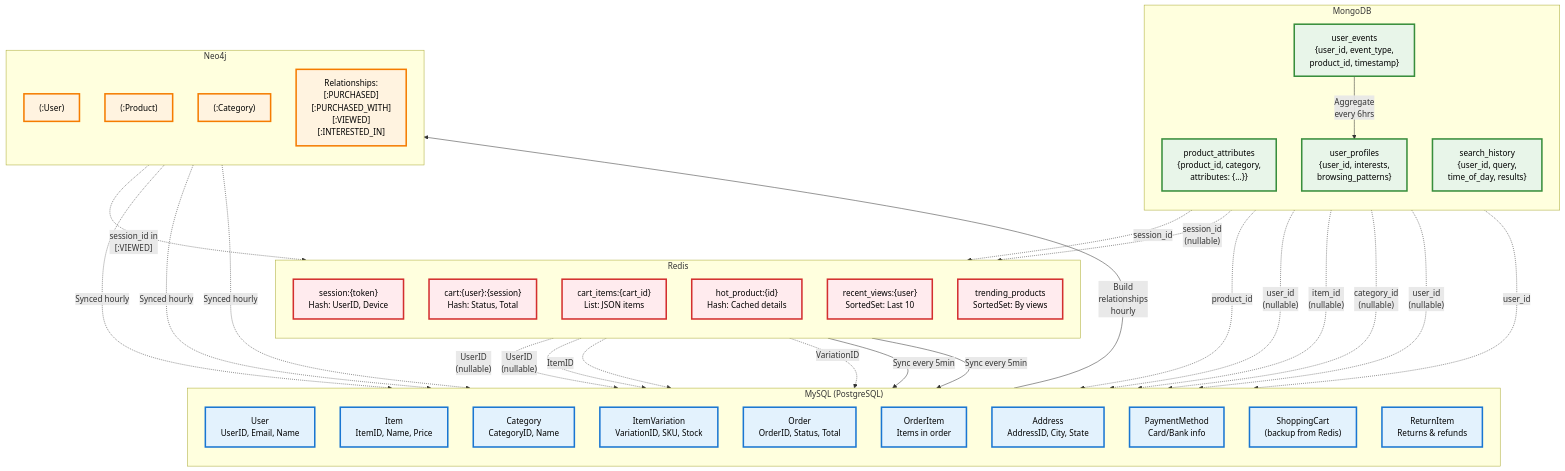
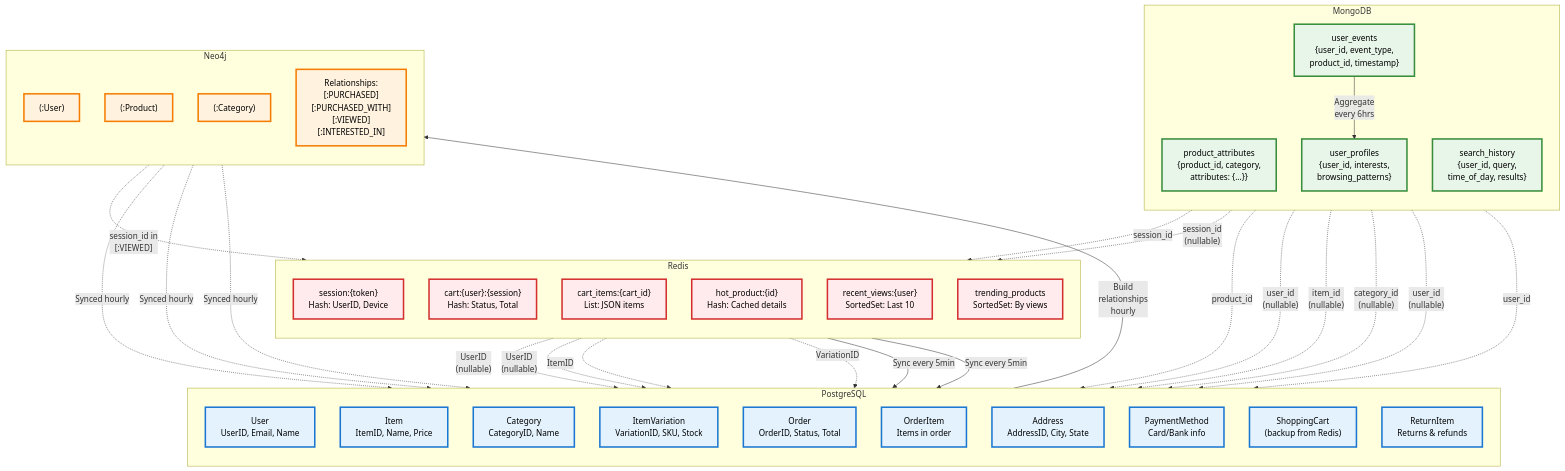
One commit to BobaFettyW4p/DatabasesFinalProject changed the diagram in Diagrams/separate_diagrams_4.0.0/cross_db.md. Above: the diagram before and after it, drawn with Mermaid. The commit also changed 12 other files, not shown here.

````diff
--- a/Diagrams/separate_diagrams_4.0.0/cross_db.md
+++ b/Diagrams/separate_diagrams_4.0.0/cross_db.md
@@ -3,6 +3,6 @@
 ```mermaid
 graph TB
-    subgraph MYSQL["MySQL (PostgreSQL)"]
+    subgraph PostgreSQL["PostgreSQL"]
         direction TB
         M_User["User<br/>UserID, Email, Name"]
         M_Item["Item<br/>ItemID, Name, Price"]
@@ -43,7 +43,7 @@
     end
 
     %% ═══════════════════════════════════════════════════════════
-    %% Redis -> MySQL (Application References)
+    %% Redis -> PostgreSQL (Application References)
     %% ═══════════════════════════════════════════════════════════
 
     R_Session -.->|"UserID<br/>(nullable)"| M_User
@@ -52,14 +52,14 @@
     R_CartItems -.->|"VariationID"| M_ItemVariation
 
     %% ═══════════════════════════════════════════════════════════
-    %% Redis -> MySQL (Sync Jobs - Data Flow)
+    %% Redis -> PostgreSQL (Sync Jobs - Data Flow)
     %% ═══════════════════════════════════════════════════════════
 
     R_Cart -->|"Sync every 5min"| M_ShoppingCart
     R_CartItems -->|"Sync every 5min"| M_ShoppingCart
 
     %% ═══════════════════════════════════════════════════════════
-    %% MongoDB -> MySQL (Application References)
+    %% MongoDB -> PostgreSQL (Application References)
     %% ═══════════════════════════════════════════════════════════
 
     MG_ProductAttrs -.->|"product_id"| M_Item
@@ -83,7 +83,7 @@
     MG_Events -->|"Aggregate<br/>every 6hrs"| MG_Profile
 
     %% ═══════════════════════════════════════════════════════════
-    %% Neo4j -> MySQL (Sync Jobs - Data Flow)
+    %% Neo4j -> PostgreSQL (Sync Jobs - Data Flow)
     %% ═══════════════════════════════════════════════════════════
 
     N_User -.->|"Synced hourly"| M_User
@@ -101,12 +101,12 @@
     %% Styling
     %% ═══════════════════════════════════════════════════════════
 
-    classDef mysqlStyle fill:#e3f2fd,stroke:#1976d2,stroke-width:3px,color:#000
+    classDef PostgreSQLStyle fill:#e3f2fd,stroke:#1976d2,stroke-width:3px,color:#000
     classDef redisStyle fill:#ffebee,stroke:#d32f2f,stroke-width:3px,color:#000
     classDef mongoStyle fill:#e8f5e9,stroke:#388e3c,stroke-width:3px,color:#000
     classDef neoStyle fill:#fff3e0,stroke:#f57c00,stroke-width:3px,color:#000
 
-    class M_User,M_Item,M_Category,M_ItemVariation,M_Order,M_OrderItem,M_Address,M_PaymentMethod,M_ShoppingCart,M_ReturnItem mysqlStyle
+    class M_User,M_Item,M_Category,M_ItemVariation,M_Order,M_OrderItem,M_Address,M_PaymentMethod,M_ShoppingCart,M_ReturnItem PostgreSQLStyle
     class R_Session,R_Cart,R_CartItems,R_HotProducts,R_RecentViews,R_Trending redisStyle
     class MG_ProductAttrs,MG_Events,MG_Search,MG_Profile mongoStyle
     class N_User,N_Product,N_Category,N_Relationships neoStyle
````
